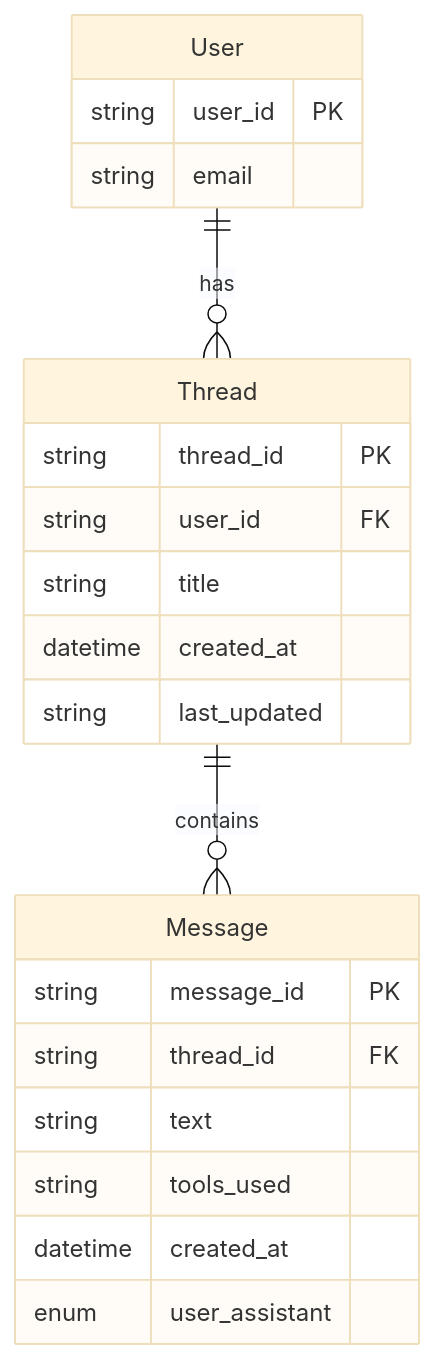
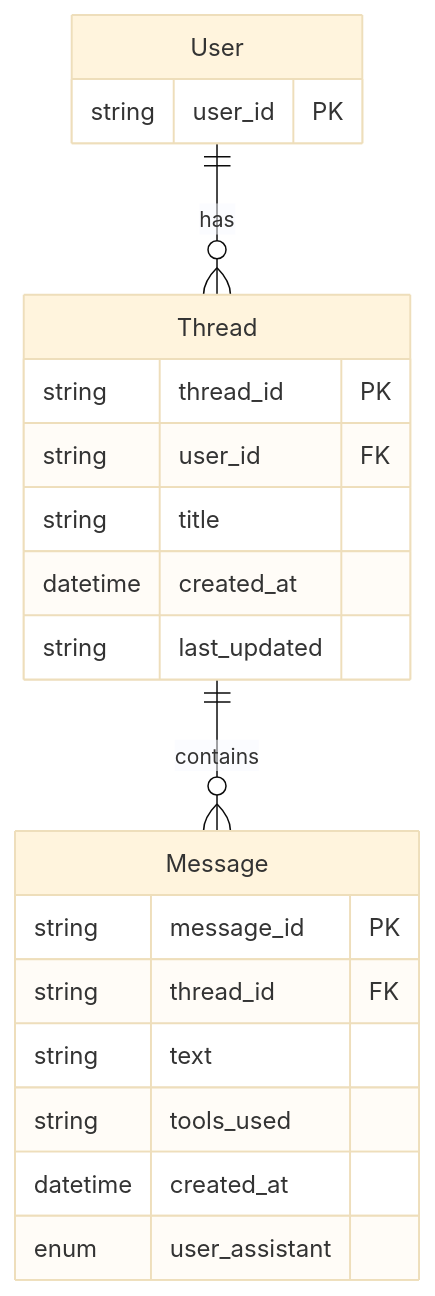
The fourth of 4 diagrams in climate-advisor/architecture.md (Open-Earth-Foundation/CityCatalyst), drawn with Mermaid (base theme) before and after one commit.

Commit message:
refactor: remove email field from User entity in architecture documentation

````diff
--- a/climate-advisor/architecture.md
+++ b/climate-advisor/architecture.md
@@ -159,27 +159,26 @@
 ```mermaid
 erDiagram
   User ||--o{ Thread : has
   Thread ||--o{ Message : contains
 
   User {
     string user_id PK
-    string email
   }
 
   Thread {
     string thread_id PK
     string user_id FK
     string title
     datetime created_at
     string last_updated
   }
 
   Message {
     string message_id PK
     string thread_id FK
     string text
     string tools_used
     datetime created_at
     enum user_assistant
   }
 ```
````
